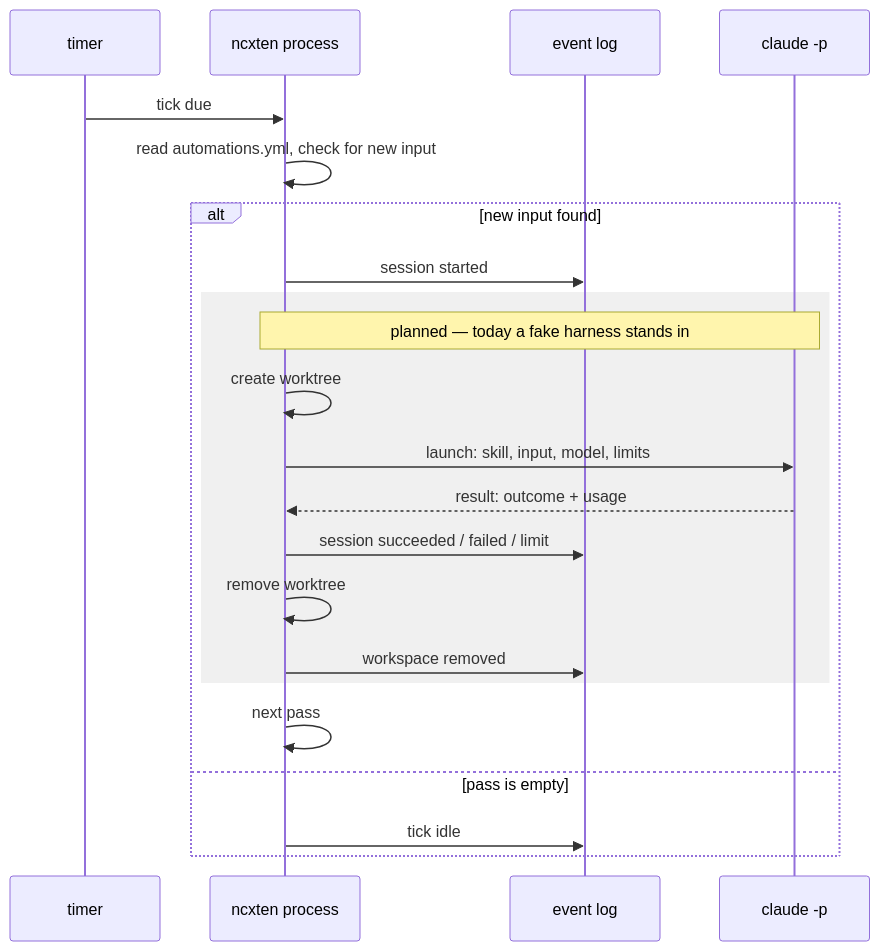
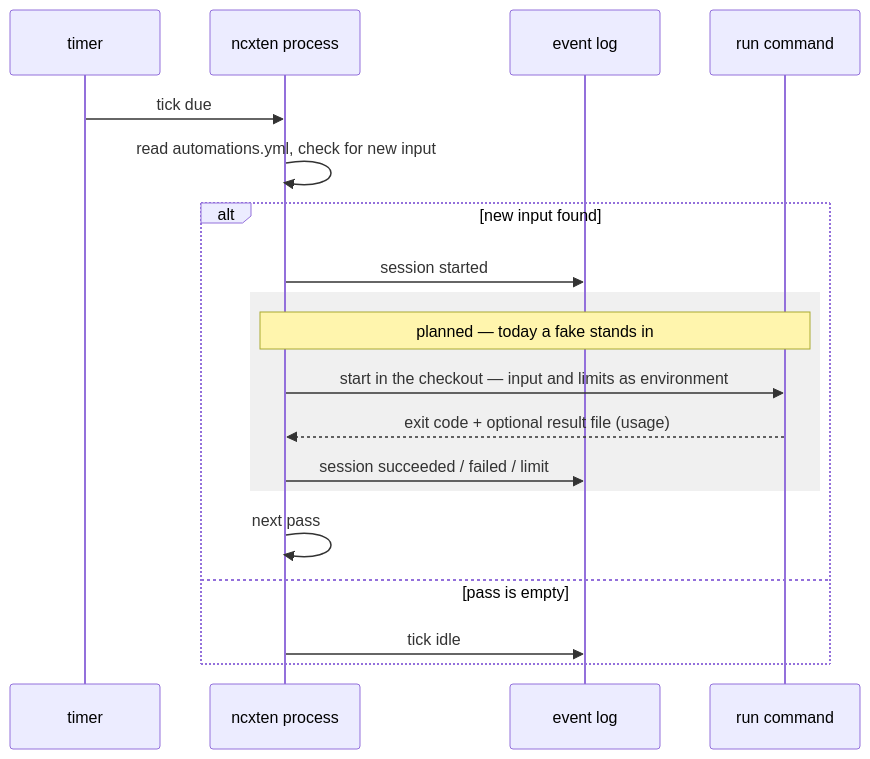
The third of 5 diagrams in docs/content/docs/how-it-works.md (dazz/ncxten), drawn with Mermaid before and after one commit. The commit also changed other lines of this file, not shown here.

First line of the commit message:
docs: how-it-works planned parts follow the 002 re-cut — the run command is the session

````diff
--- a/docs/content/docs/how-it-works.md
+++ b/docs/content/docs/how-it-works.md
@@ -74,24 +77,21 @@
 ```mermaid
 sequenceDiagram
   participant T as timer
   participant N as ncxten process
   participant L as event log
-  participant A as claude -p
+  participant A as run command
   T->>N: tick due
   N->>N: read automations.yml, check for new input
   alt new input found
     N->>L: session started
     rect rgba(128,128,128,0.12)
-      Note over N,A: planned — today a fake harness stands in
-      N->>N: create worktree
-      N->>A: launch: skill, input, model, limits
-      A-->>N: result: outcome + usage
+      Note over N,A: planned — today a fake stands in
+      N->>A: start in the checkout — input and limits as environment
+      A-->>N: exit code + optional result file (usage)
       N->>L: session succeeded / failed / limit
-      N->>N: remove worktree
-      N->>L: workspace removed
     end
     N->>N: next pass
   else pass is empty
     N->>L: tick idle
   end
 ```
````
